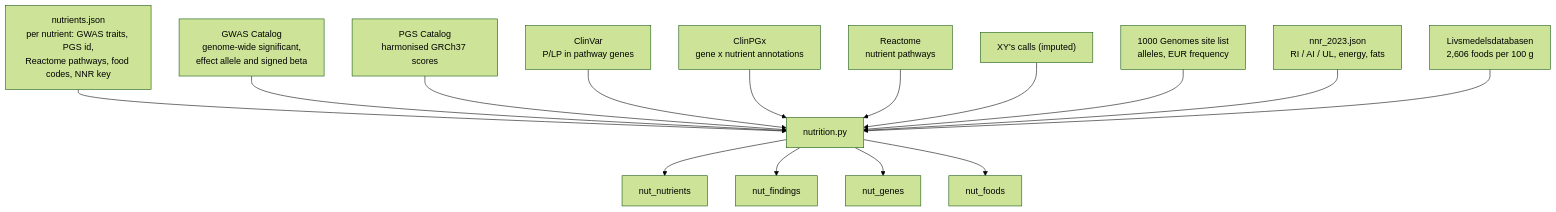
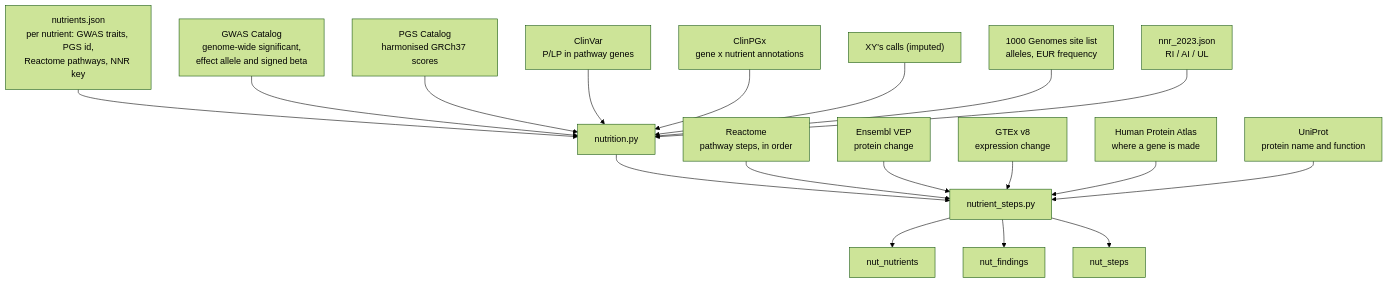
One commit to Lyceriuss/DNA-Analyzer changed the diagram in docs/architecture/nutrition.md. Above: the diagram before and after it, drawn with Mermaid (forest theme). The commit also changed other lines of this file and 15 other files, not shown here.

````diff
--- a/docs/architecture/nutrition.md
+++ b/docs/architecture/nutrition.md
@@ -17,14 +19,18 @@
 ```mermaid
 flowchart TB
-    CFG["nutrients.json<br/>per nutrient: GWAS traits, PGS id,<br/>Reactome pathways, food codes, NNR key"] --> BUILD
+    CFG["nutrients.json<br/>per nutrient: GWAS traits, PGS id,<br/>Reactome pathways, NNR key"] --> BUILD
     GWAS["GWAS Catalog<br/>genome-wide significant,<br/>effect allele and signed beta"] --> BUILD["nutrition.py"]
     PGS["PGS Catalog<br/>harmonised GRCh37 scores"] --> BUILD
     CV["ClinVar<br/>P/LP in pathway genes"] --> BUILD
     PGX["ClinPGx<br/>gene x nutrient annotations"] --> BUILD
-    RE["Reactome<br/>nutrient pathways"] --> BUILD
     CALLS["XY's calls (imputed)"] --> BUILD
     KG["1000 Genomes site list<br/>alleles, EUR frequency"] --> BUILD
-    NNR["nnr_2023.json<br/>RI / AI / UL, energy, fats"] --> BUILD
-    LMV["Livsmedelsdatabasen<br/>2,606 foods per 100 g"] --> BUILD
-    BUILD --> N["nut_nutrients"] & F["nut_findings"] & G["nut_genes"] & FO["nut_foods"]
+    NNR["nnr_2023.json<br/>RI / AI / UL"] --> BUILD
+    BUILD --> STEPS["nutrient_steps.py"]
+    RE["Reactome<br/>pathway steps, in order"] --> STEPS
+    VEP["Ensembl VEP<br/>protein change"] --> STEPS
+    GTEX["GTEx v8<br/>expression change"] --> STEPS
+    HPA["Human Protein Atlas<br/>where a gene is made"] --> STEPS
+    UP["UniProt<br/>protein name and function"] --> STEPS
+    STEPS --> N["nut_nutrients"] & F["nut_findings"] & S["nut_steps"]
 ```
````
